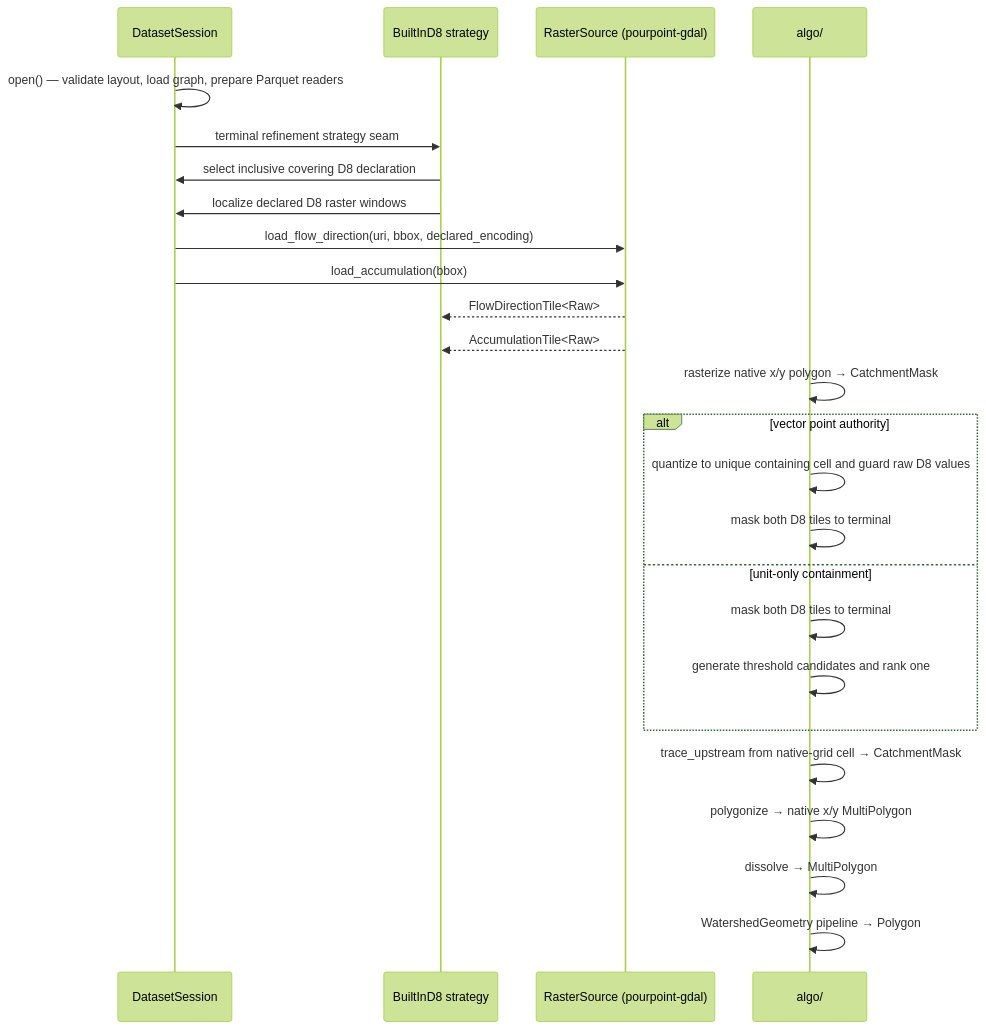
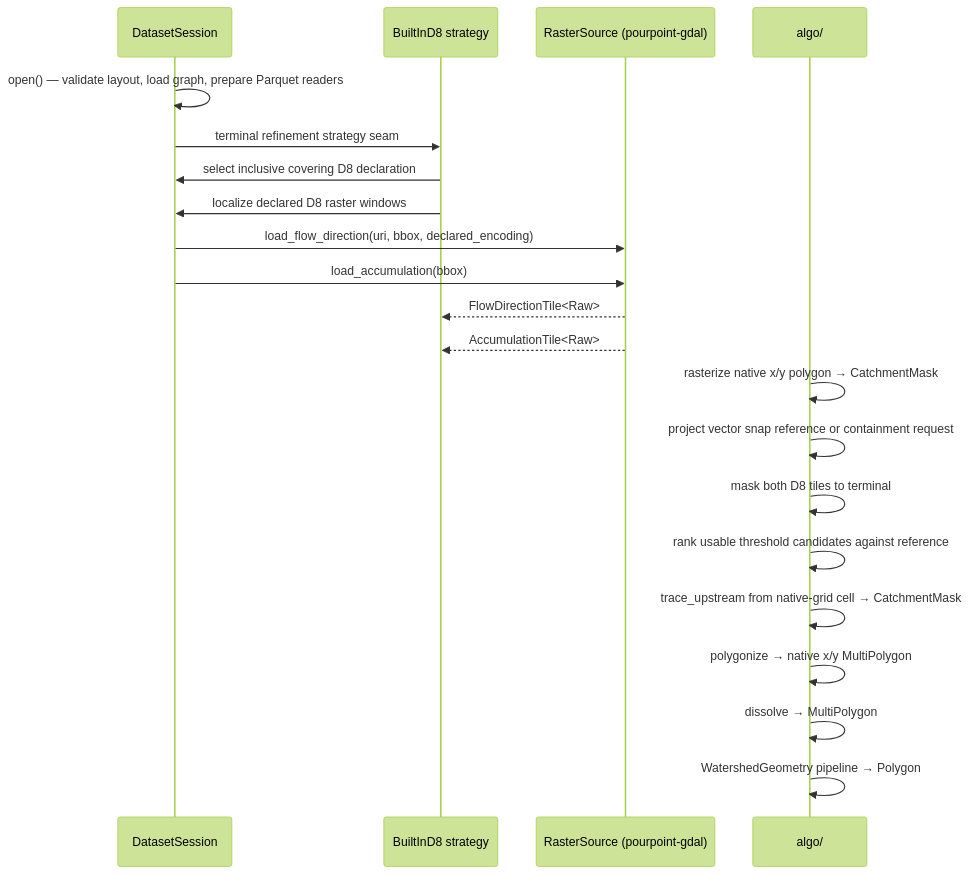
The fourth of 4 diagrams in crates/core/README.md (CooperBigFoot/pourpoint), drawn with Mermaid (forest theme) before and after one commit. The commit also changed other lines of this file and 42 other files, not shown here.

Commit message:
refactor: rank raster outlets within the resolved terminal unit

````diff
--- a/crates/core/README.md
+++ b/crates/core/README.md
@@ -191,28 +192,24 @@
 ```mermaid
 sequenceDiagram
     participant S as DatasetSession
     participant R as BuiltInD8 strategy
     participant T as RasterSource (pourpoint-gdal)
     participant A as algo/
 
     S->>S: open() — validate layout, load graph, prepare Parquet readers
     S->>R: terminal refinement strategy seam
     R->>S: select inclusive covering D8 declaration
     R->>S: localize declared D8 raster windows
     S->>T: load_flow_direction(uri, bbox, declared_encoding)
     S->>T: load_accumulation(bbox)
     T-->>R: FlowDirectionTile<Raw>
     T-->>R: AccumulationTile<Raw>
     A->>A: rasterize native x/y polygon → CatchmentMask
-    alt vector point authority
-        A->>A: quantize to unique containing cell and guard raw D8 values
-        A->>A: mask both D8 tiles to terminal
-    else unit-only containment
-        A->>A: mask both D8 tiles to terminal
-        A->>A: generate threshold candidates and rank one
-    end
+    A->>A: project vector snap reference or containment request
+    A->>A: mask both D8 tiles to terminal
+    A->>A: rank usable threshold candidates against reference
     A->>A: trace_upstream from native-grid cell → CatchmentMask
     A->>A: polygonize → native x/y MultiPolygon
     A->>A: dissolve → MultiPolygon
     A->>A: WatershedGeometry pipeline → Polygon
 ```
````
